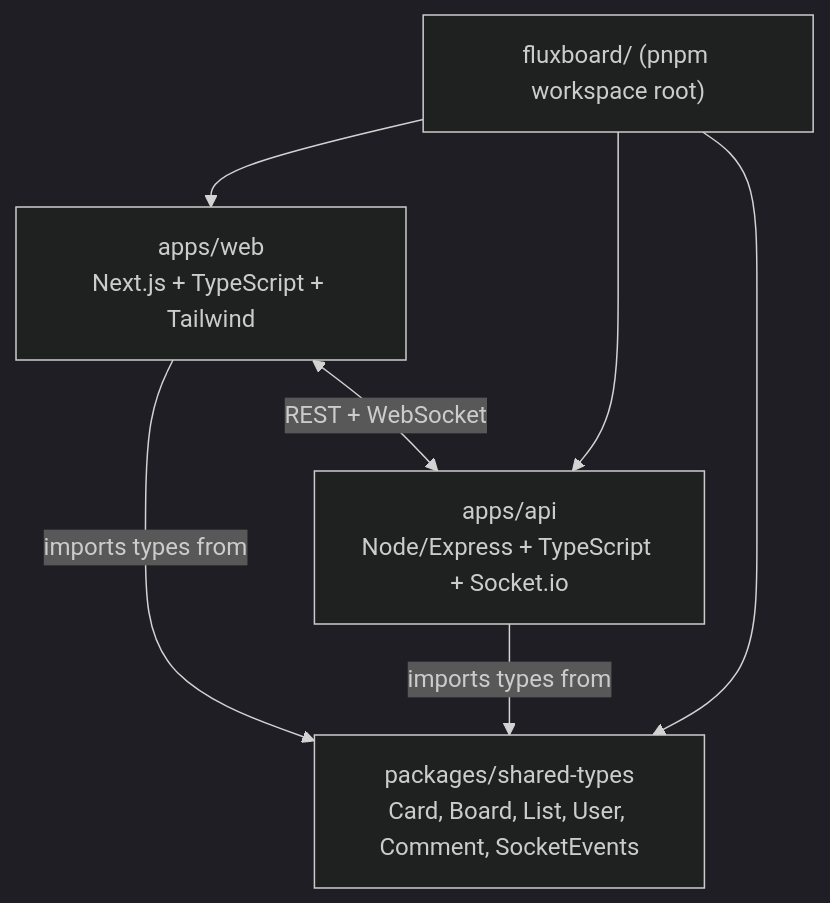
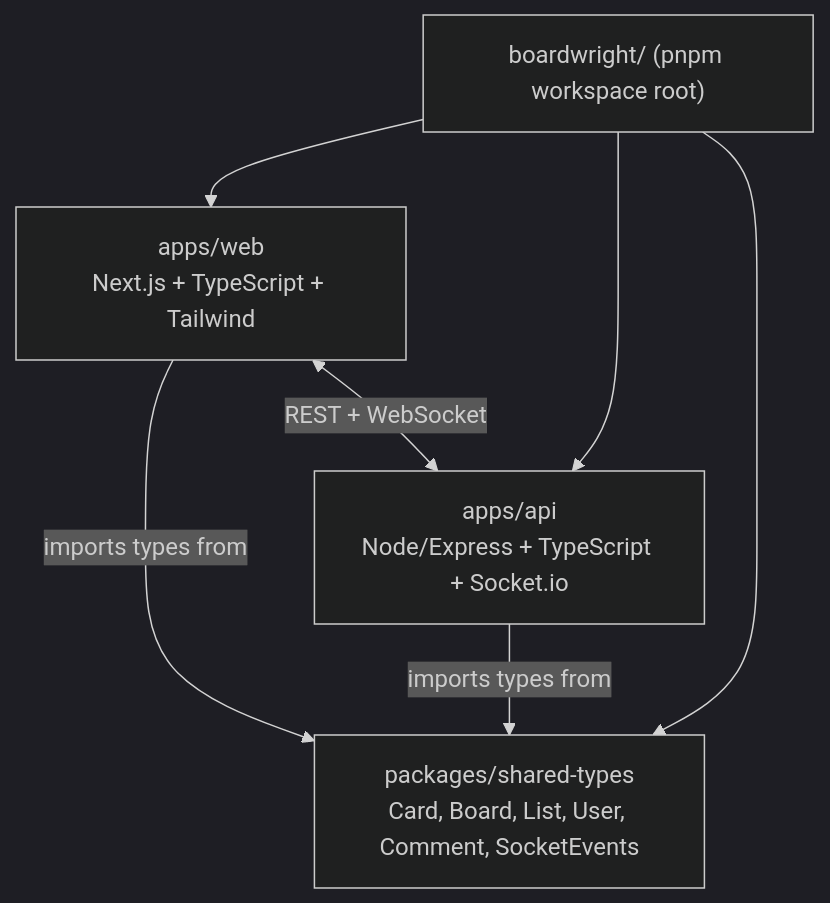
Before and after one commit to Lajat/Boardwright: the third of 3 diagrams in README.md, drawn with Mermaid (dark theme). The commit also changed other lines of this file and 48 other files, not shown here.

````diff
--- a/README.md
+++ b/README.md
@@ -109,14 +109,14 @@
 ```mermaid
 flowchart TB
-    Root["fluxboard/ (pnpm workspace root)"]
+    Root["boardwright/ (pnpm workspace root)"]
     Web["apps/web<br/>Next.js + TypeScript + Tailwind"]
     Api["apps/api<br/>Node/Express + TypeScript + Socket.io"]
     Shared["packages/shared-types<br/>Card, Board, List, User, Comment, SocketEvents"]
 
     Root --> Web
     Root --> Api
     Root --> Shared
     Web -->|"imports types from"| Shared
     Api -->|"imports types from"| Shared
     Web <-->|"REST + WebSocket"| Api
 ```
````
